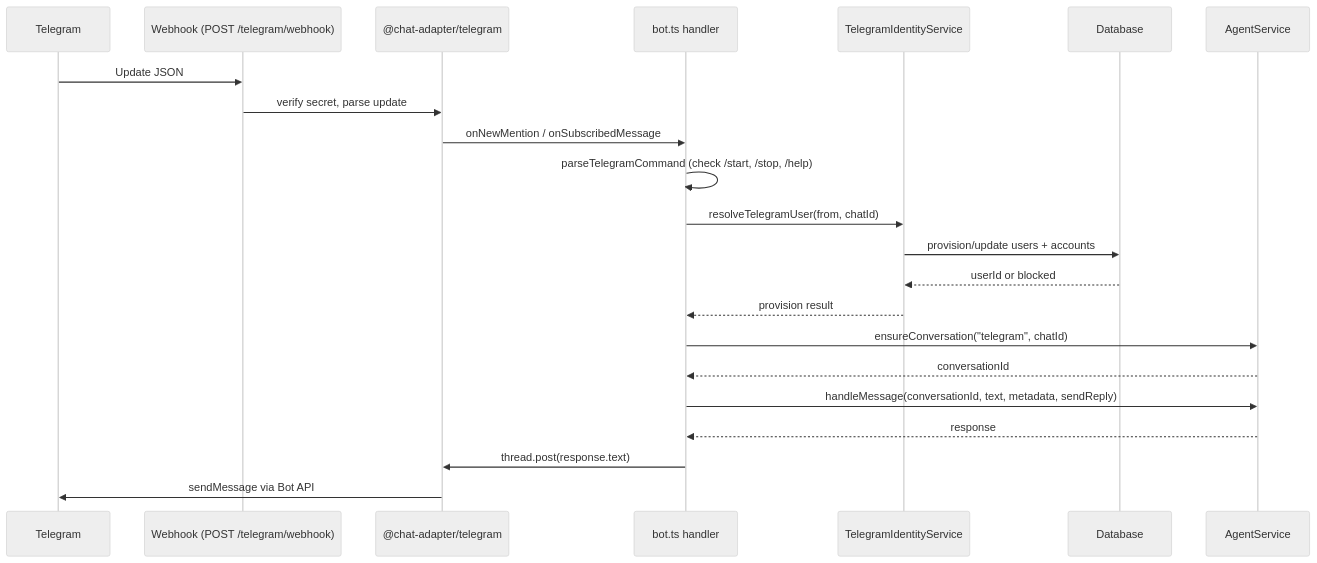
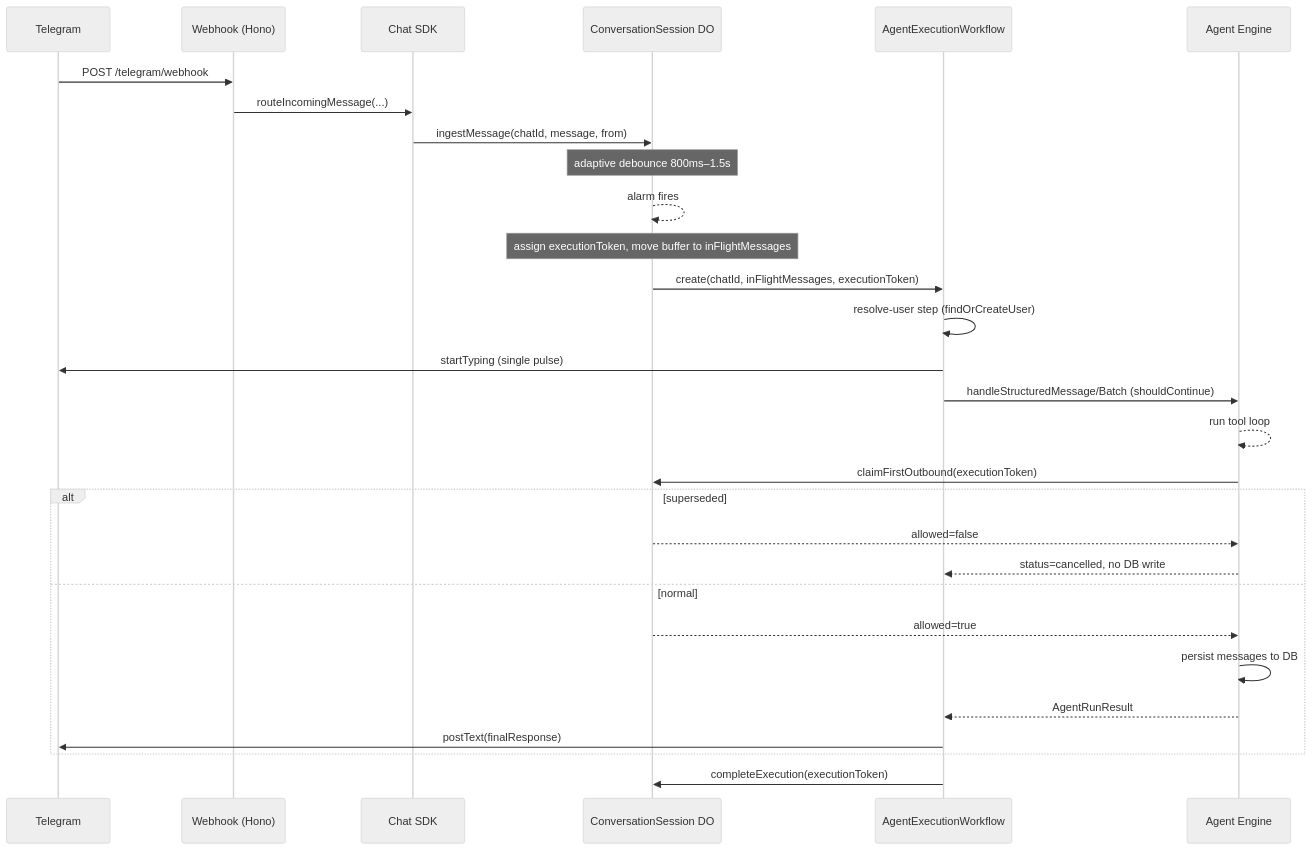
One commit to punitarani/amby changed the diagram in docs/CHANNELS.md. Above: the diagram before and after it, drawn with Mermaid (neutral theme). The commit also changed other lines of this file and 27 other files, not shown here.

First line of the commit message:
Improve telegram conversation flow (#112)

````diff
--- a/docs/CHANNELS.md
+++ b/docs/CHANNELS.md
@@ -17,25 +17,35 @@
 ```mermaid
 sequenceDiagram
     participant TG as Telegram
-    participant WH as Webhook (POST /telegram/webhook)
-    participant CA as @chat-adapter/telegram
-    participant Bot as bot.ts handler
-    participant Auth as TelegramIdentityService
-    participant DB as Database
-    participant Agent as AgentService
+    participant WH as Webhook (Hono)
+    participant SDK as Chat SDK
+    participant DO as ConversationSession DO
+    participant WF as AgentExecutionWorkflow
+    participant AG as Agent Engine
 
-    TG->>WH: Update JSON
-    WH->>CA: verify secret, parse update
-    CA->>Bot: onNewMention / onSubscribedMessage
-    Bot->>Bot: parseTelegramCommand (check /start, /stop, /help)
-    Bot->>Auth: resolveTelegramUser(from, chatId)
-    Auth->>DB: provision/update users + accounts
-    DB-->>Auth: userId or blocked
-    Auth-->>Bot: provision result
-    Bot->>Agent: ensureConversation("telegram", chatId)
-    Agent-->>Bot: conversationId
-    Bot->>Agent: handleMessage(conversationId, text, metadata, sendReply)
-    Agent-->>Bot: response
-    Bot->>CA: thread.post(response.text)
-    CA->>TG: sendMessage via Bot API
+    TG->>WH: POST /telegram/webhook
+    WH->>SDK: routeIncomingMessage(...)
+    SDK->>DO: ingestMessage(chatId, message, from)
+    Note over DO: adaptive debounce 800ms–1.5s
+    DO-->>DO: alarm fires
+    Note over DO: assign executionToken, move buffer to inFlightMessages
+    DO->>WF: create(chatId, inFlightMessages, executionToken)
+
+    WF->>WF: resolve-user step (findOrCreateUser)
+    WF->>TG: startTyping (single pulse)
+    WF->>AG: handleStructuredMessage/Batch (shouldContinue)
+    AG-->>AG: run tool loop
+
+    AG->>DO: claimFirstOutbound(executionToken)
+    alt superseded
+        DO-->>AG: allowed=false
+        AG-->>WF: status=cancelled, no DB write
+    else normal
+        DO-->>AG: allowed=true
+        AG->>AG: persist messages to DB
+        AG-->>WF: AgentRunResult
+        WF->>TG: postText(finalResponse)
+    end
+
+    WF->>DO: completeExecution(executionToken)
 ```
````
